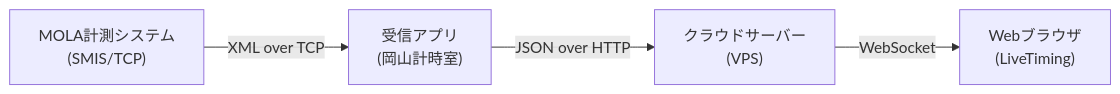
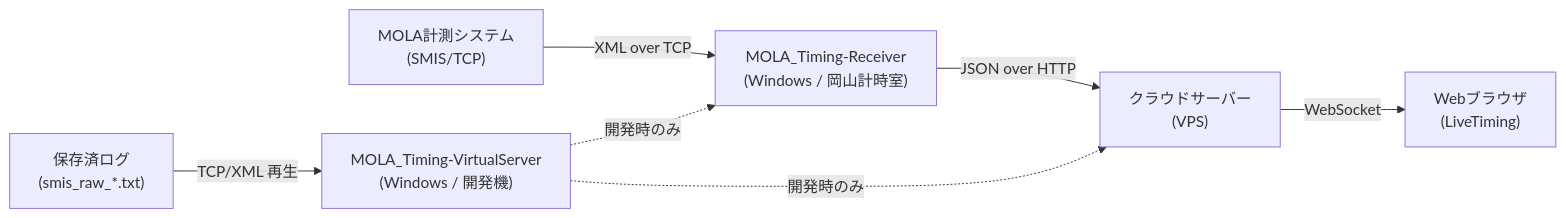
One commit to ryunosuke0809/RFX-LiveTiming-OKAYAMA changed the first of 3 diagrams in docs/plan/開発計画_LiveTiming_OKAYAMA.md. Above: the diagram before and after it, drawn with Mermaid. The commit also changed other lines of this file and 48 other files, not shown here.

First line of the commit message:
feat(windows): MOLA_Timing-Receiver / VirtualServer の .NET 8 + WPF scaffold

````diff
--- a/docs/plan/開発計画_LiveTiming_OKAYAMA.md
+++ b/docs/plan/開発計画_LiveTiming_OKAYAMA.md
@@ -9,6 +9,9 @@
 ```mermaid
 flowchart LR
-  MOLA["MOLA計測システム\n(SMIS/TCP)"] -->|XML over TCP| Receiver["受信アプリ\n(岡山計時室)"]
+  MOLA["MOLA計測システム\n(SMIS/TCP)"] -->|XML over TCP| Receiver["MOLA_Timing-Receiver\n(Windows / 岡山計時室)"]
   Receiver -->|JSON over HTTP| CloudServer["クラウドサーバー\n(VPS)"]
   CloudServer -->|WebSocket| WebPage["Webブラウザ\n(LiveTiming)"]
+  Files["保存済ログ\n(smis_raw_*.txt)"] -->|TCP/XML 再生| VS["MOLA_Timing-VirtualServer\n(Windows / 開発機)"]
+  VS -.->|開発時のみ| Receiver
+  VS -.->|開発時のみ| CloudServer
 ```
````
